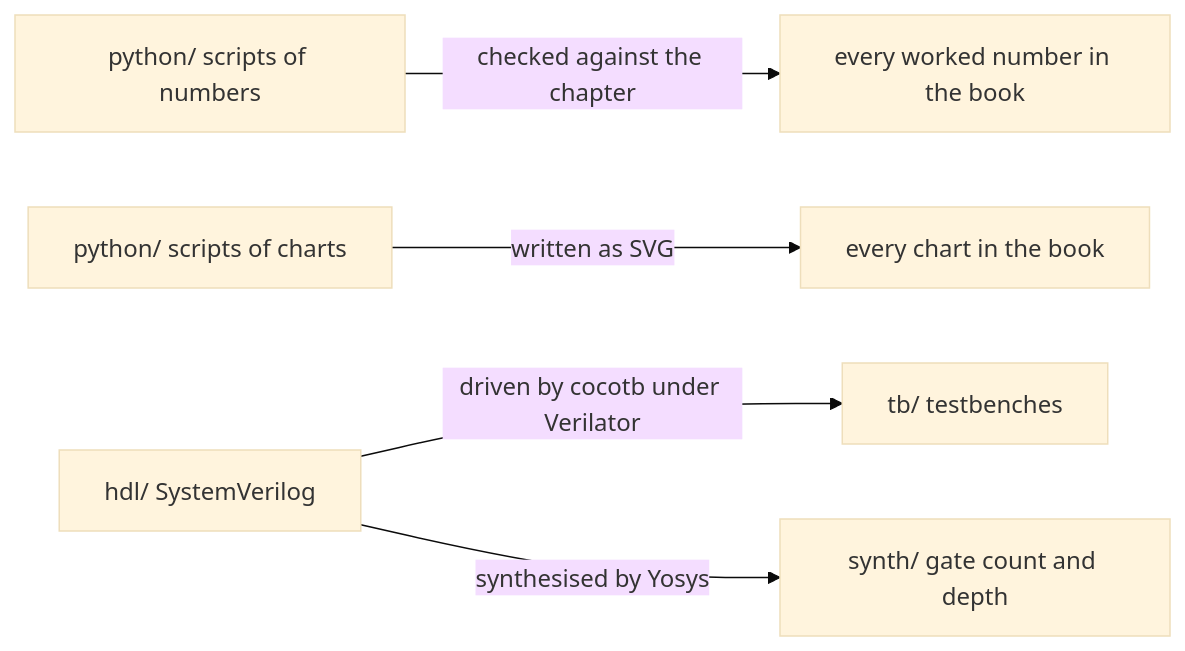
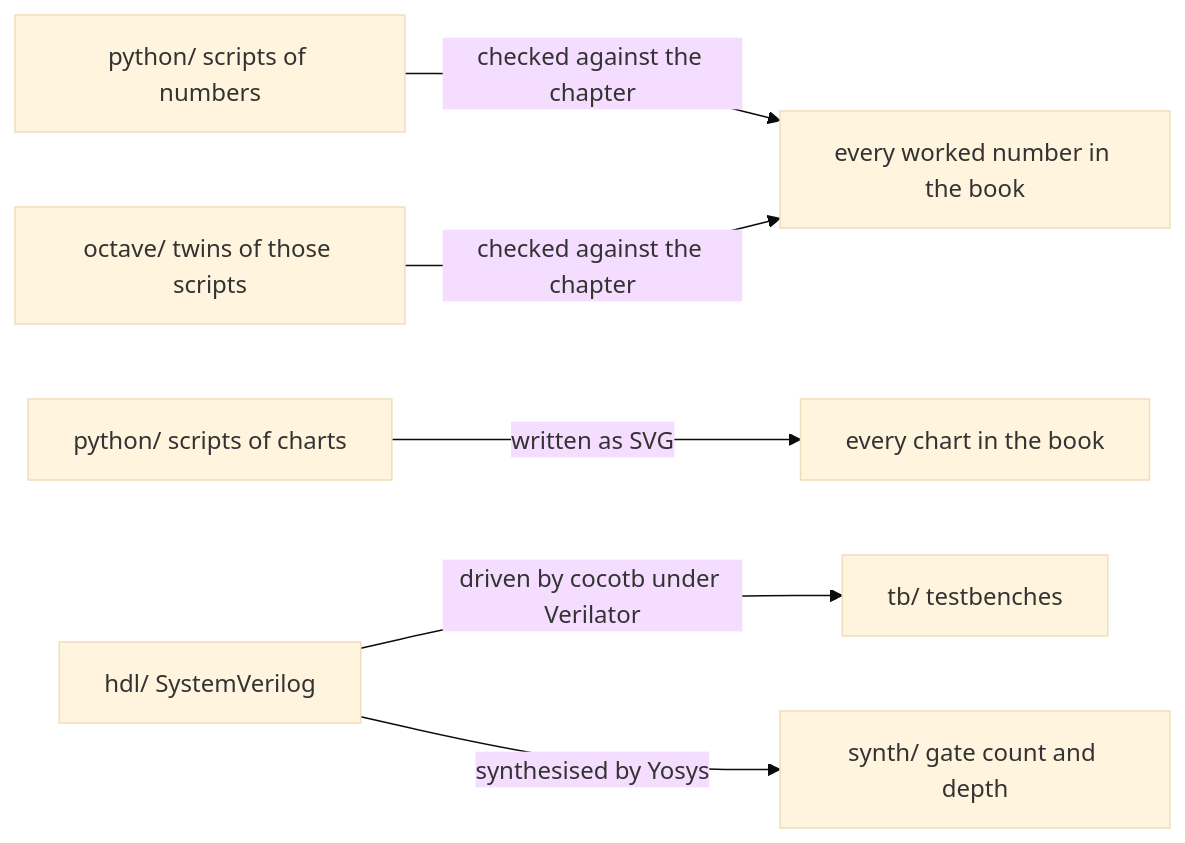
One commit to anirbanchakraborty-dev/ecc-book-lab changed the diagram in README.md. Above: the diagram before and after it, drawn with Mermaid (base theme). The commit also changed other lines of this file, not shown here.

First line of the commit message:
docs(readme): describe the Octave route

````diff
--- a/README.md
+++ b/README.md
@@ -15,7 +15,8 @@
 ```mermaid
 flowchart LR
   numbers["python/ scripts of numbers"] -->|"checked against the chapter"| text["every worked number in the book"]
+  twins["octave/ twins of those scripts"] -->|"checked against the chapter"| text
   charts["python/ scripts of charts"] -->|"written as SVG"| figures["every chart in the book"]
   hdl["hdl/ SystemVerilog"] -->|"driven by cocotb under Verilator"| tb["tb/ testbenches"]
   hdl -->|"synthesised by Yosys"| synth["synth/ gate count and depth"]
 ```
````
